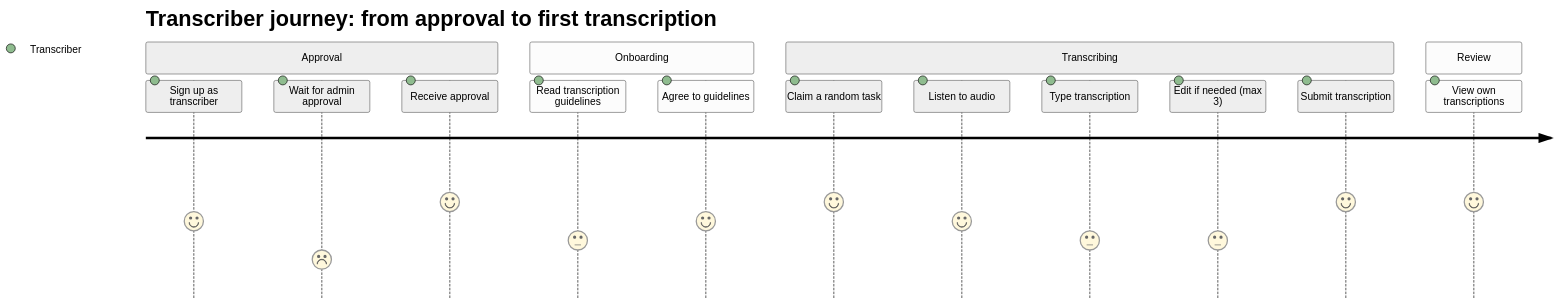
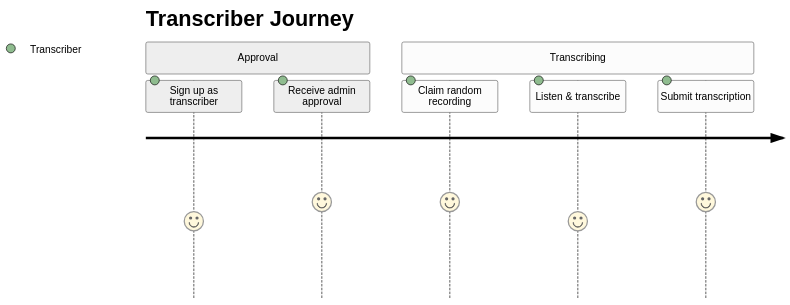
Before and after one commit to DeKUT-DSAIL/JasinaHub: the sixth of 7 diagrams in README.md, drawn with Mermaid (neutral theme). The commit also changed other lines of this file and 2 other files, not shown here.

````diff
--- a/README.md
+++ b/README.md
@@ -342,19 +338,11 @@
 ```mermaid
 journey
-  title Transcriber journey: from approval to first transcription
+  title Transcriber Journey
   section Approval
     Sign up as transcriber: 4: Transcriber
-    Wait for admin approval: 2: Transcriber
-    Receive approval: 5: Transcriber
-  section Onboarding
-    Read transcription guidelines: 3: Transcriber
-    Agree to guidelines: 4: Transcriber
+    Receive admin approval: 5: Transcriber
   section Transcribing
-    Claim a random task: 5: Transcriber
-    Listen to audio: 4: Transcriber
-    Type transcription: 3: Transcriber
-    Edit if needed (max 3): 3: Transcriber
+    Claim random recording: 5: Transcriber
+    Listen & transcribe: 4: Transcriber
     Submit transcription: 5: Transcriber
-  section Review
-    View own transcriptions: 5: Transcriber
 ```
````
